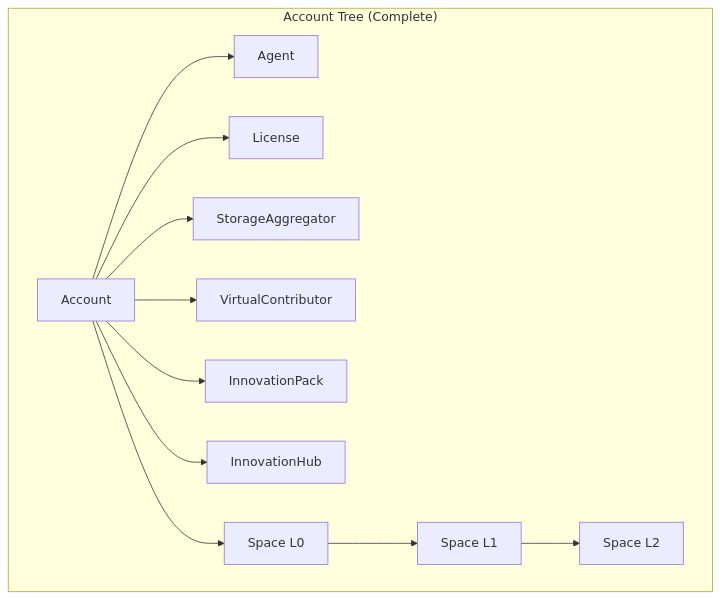
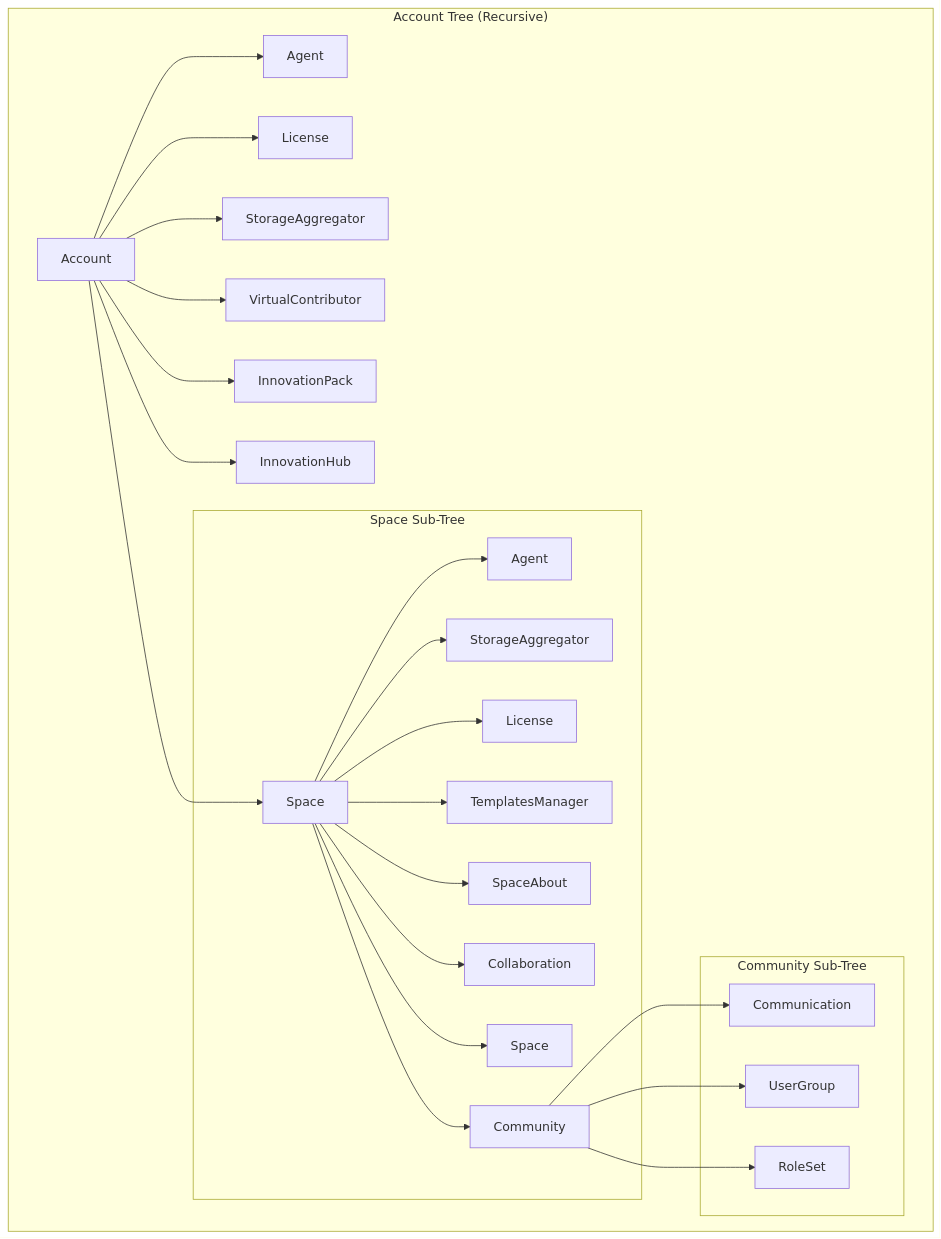
Before and after one commit to alkem-io/server: the ninth of 11 diagrams in docs/credential-based-authorization.md, drawn with Mermaid. The commit also changed other lines of this file and 1 other file, not shown here.

````diff
--- a/docs/credential-based-authorization.md
+++ b/docs/credential-based-authorization.md
@@ -271,14 +275,29 @@
 ```mermaid
 graph TD
-    subgraph "Account Tree (Complete)"
+    subgraph "Account Tree (Recursive)"
         Account --> AccountAgent[Agent];
         Account --> License;
         Account --> AccountStorage[StorageAggregator];
         Account --> VirtualContributor;
         Account --> InnovationPack;
         Account --> InnovationHub;
-        Account --> L0["Space L0"];
-        L0 --> L1["Space L1"];
-        L1 --> L2["Space L2"];
+        Account --> Space;
+
+        subgraph "Space Sub-Tree"
+            Space --> SpaceAgent[Agent];
+            Space --> SpaceStorage[StorageAggregator];
+            Space --> SpaceLicense[License];
+            Space --> TemplatesManager;
+            Space --> SpaceAbout;
+            Space --> Collaboration;
+            Space --> SubSpace[Space];
+            Space --> Community;
+        end
+
+        subgraph "Community Sub-Tree"
+            Community --> Communication;
+            Community --> CommunityUserGroup[UserGroup];
+            Community --> CommunityRoleSet[RoleSet];
+        end
     end
 ```
````
